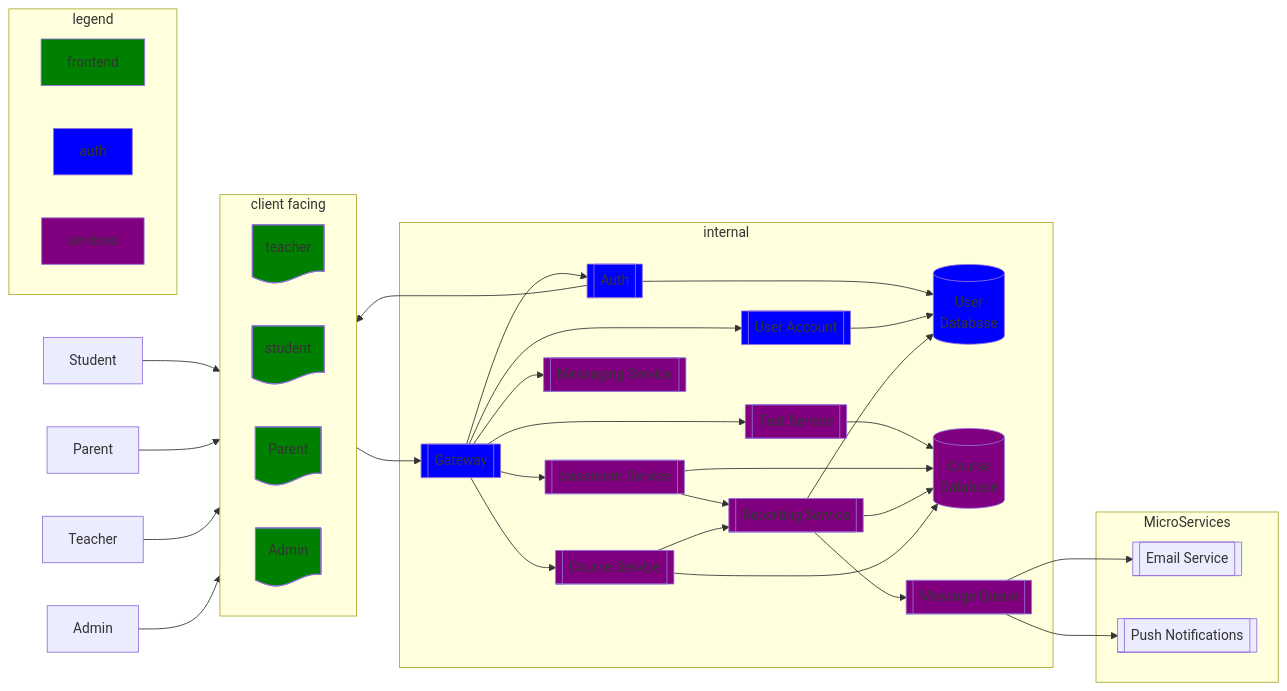
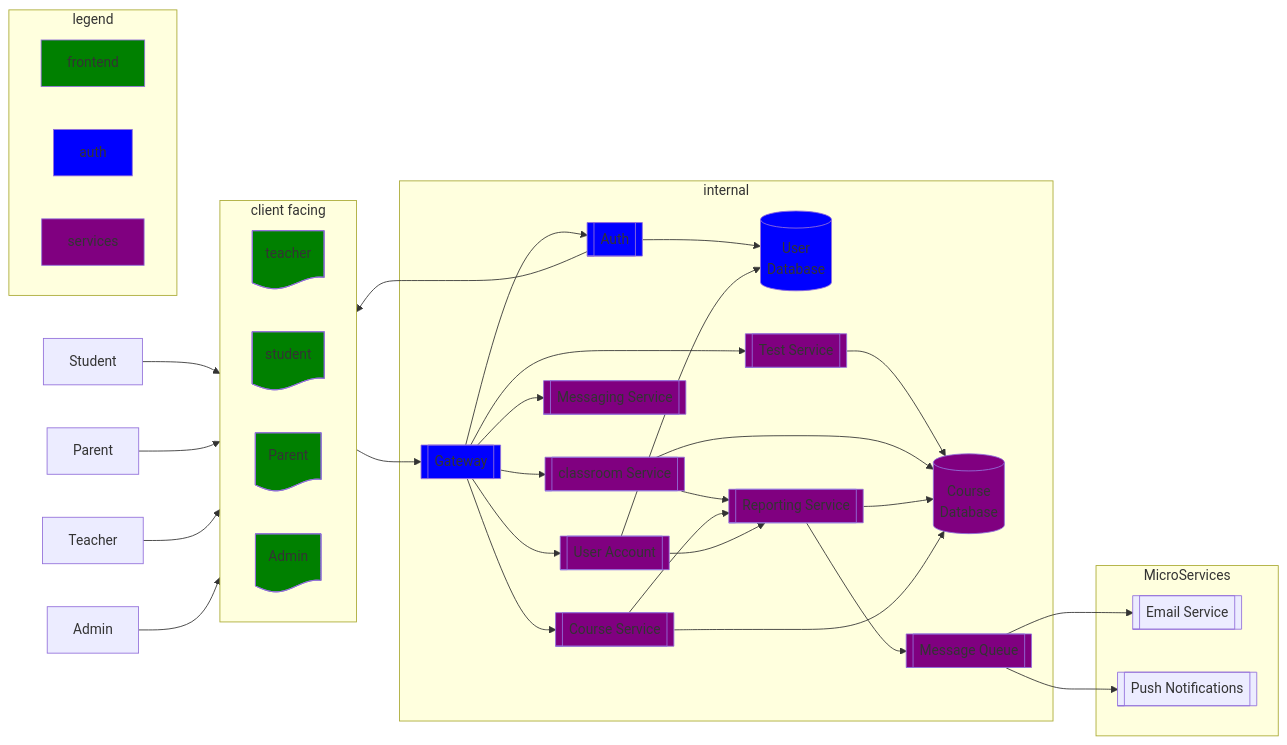
Before and after one commit to zachariaswik/FE405_Project: the diagram in Phase2.md, drawn with Mermaid.

Commit message:
Update user account service relationship in Phase2.md

````diff
--- a/Phase2.md
+++ b/Phase2.md
@@ -47,55 +47,55 @@
 ```mermaid
 flowchart LR
     classDef frontend fill:green
     classDef auth fill:blue
     classDef services fill:purple
     Student[Student] --> F
     Parent[Parent] --> F
     Teacher[Teacher] --> F
     Admin[Admin] --> F
     
     
   subgraph F[client facing]
     direction RL
     TF:::frontend@{ shape: doc, label: "teacher"}
     SF:::frontend@{ shape: doc, label: "student"}
     PF:::frontend@{ shape: doc, label: "Parent"}
     AF:::frontend@{ shape: doc, label: "Admin"}
   end
 
   F -->  GW --> A --> F
   subgraph B[internal]
       P_DB[(User
       Database)]:::auth
 
       A[[Auth]]:::auth --> P_DB
       GW[[Gateway]]:::auth    
       Ass[[Test Service]]:::services --> DB
       GW --> CR & Comm & P & Course & Ass
       CR[[classroom Service]]:::services --> R & DB
       Course[[Course Service]]:::services --> R --> DB
       Course --> DB
       Comm[[Messaging Service]]:::services
-      P[[User Account]]:::auth --> P_DB
+      P[[User Account]]:::services --> P_DB & R
       R[[Reporting Service]]:::services 
       DB[(Course 
       Database)]:::services
 
-      R --> MQ[[ Message Queue]]:::services & P_DB
+      R --> MQ[[ Message Queue]]:::services
   end
 
     subgraph MicroServices
         MQ:::services
         MQ --> ES[[Email Service]]
         MQ --> PushNoticiations[[Push Notifications]]
         
     end
 
     %% Legend
     subgraph legend
         direction LR
         X[frontend]:::frontend
         Y[auth]:::auth
         Z[services]:::services
     end
 ```
````
